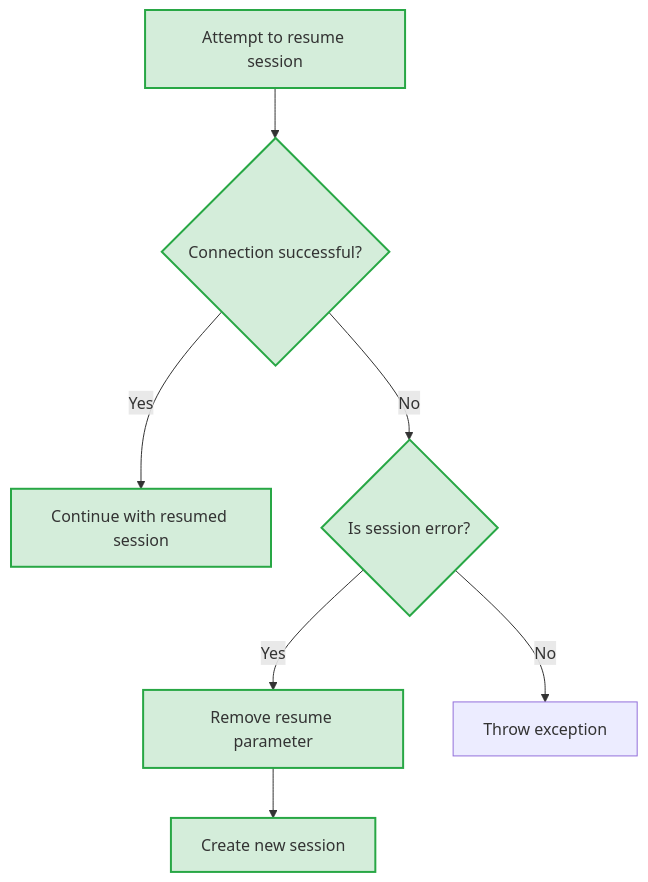
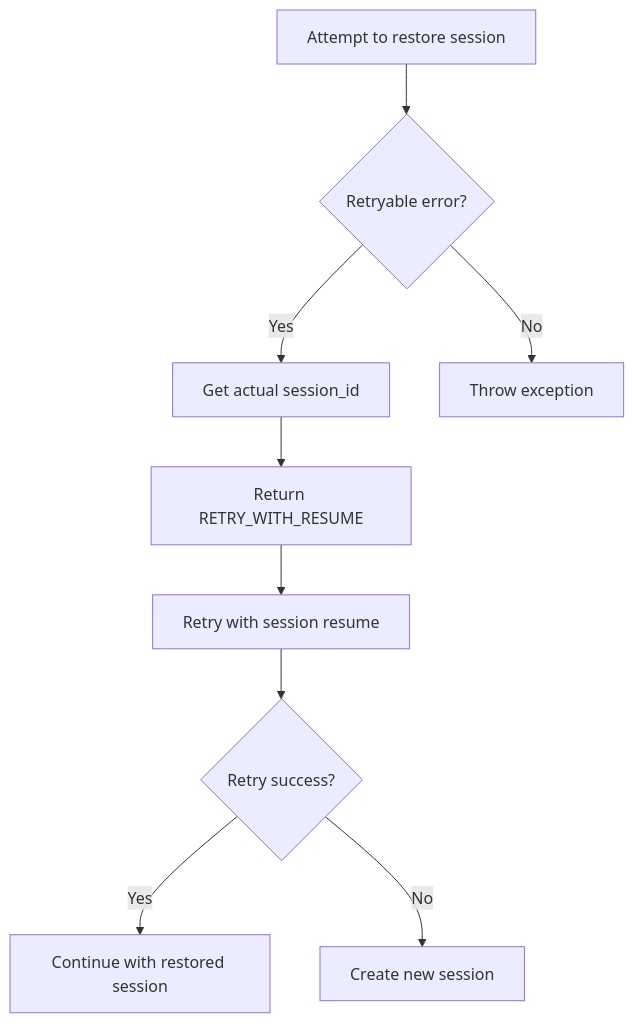
Before and after one commit to wecode-ai/Wegent: the eighth of 8 diagrams in docs/en/features/task-restore.md, drawn with Mermaid. The commit also changed other lines of this file and 7 other files, not shown here.

````diff
--- a/docs/en/features/task-restore.md
+++ b/docs/en/features/task-restore.md
@@ -208,11 +244,11 @@
 ```mermaid
 flowchart TB
-    A[Attempt to resume session]:::new --> B{Connection successful?}:::new
-    B -->|Yes| C[Continue with resumed session]:::new
-    B -->|No| D{Is session error?}:::new
-    D -->|Yes| E[Remove resume parameter]:::new
-    E --> F[Create new session]:::new
-    D -->|No| G[Throw exception]
-
-    classDef new fill:#d4edda,stroke:#28a745,stroke-width:2px
+    A[Attempt to restore session] --> B{Retryable error?}
+    B -->|Yes| C[Get actual session_id]
+    C --> D[Return RETRY_WITH_RESUME]
+    D --> E[Retry with session resume]
+    E --> F{Retry success?}
+    F -->|Yes| G[Continue with restored session]
+    F -->|No| H[Create new session]
+    B -->|No| I[Throw exception]
 ```
````
